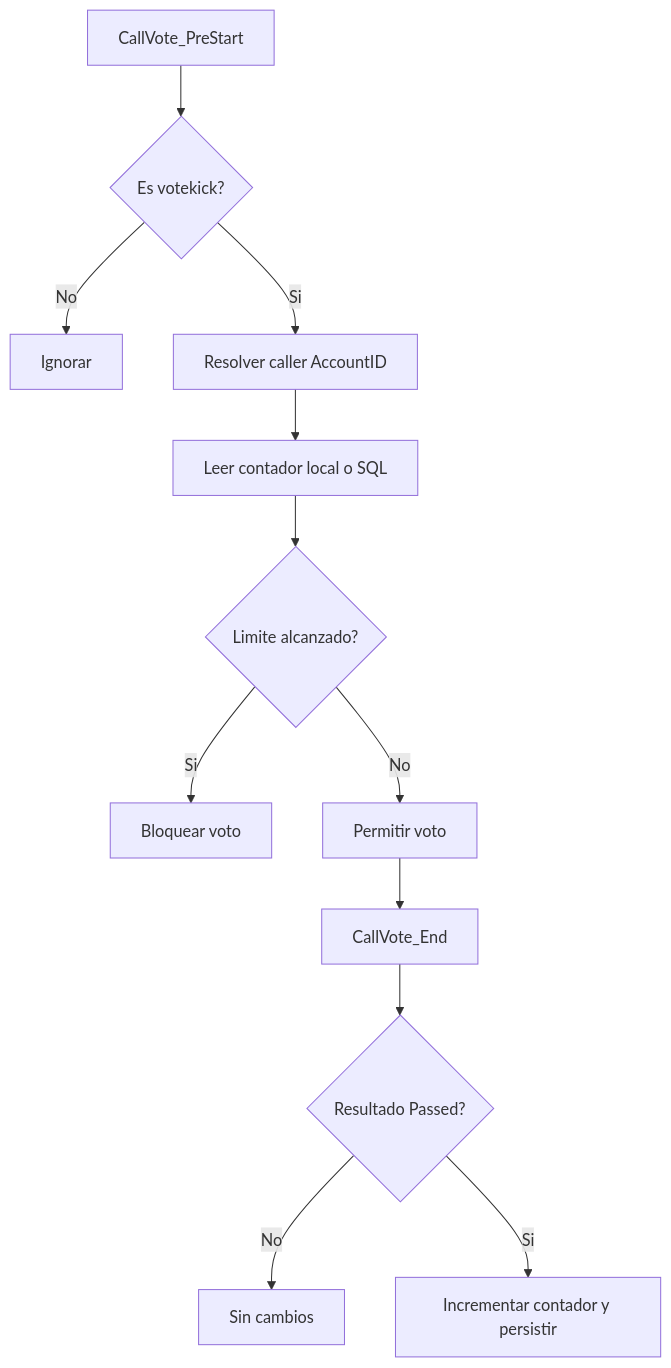
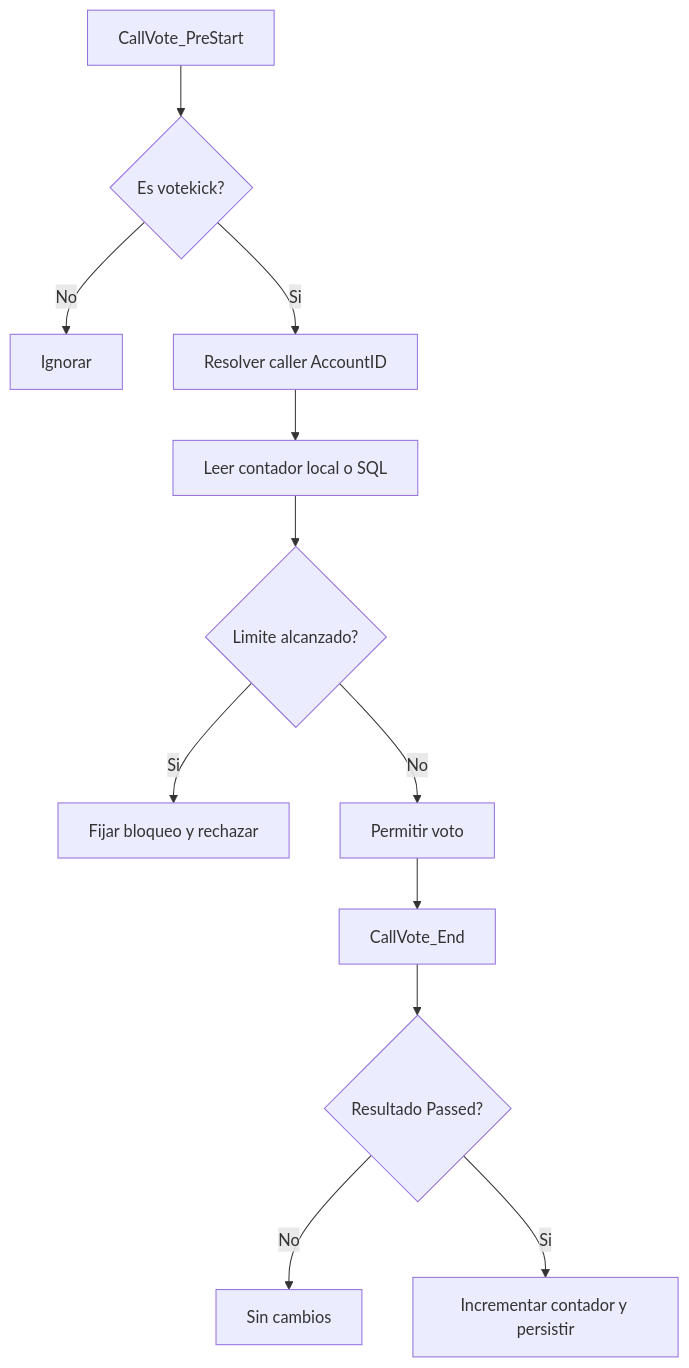
The first of 2 diagrams in docs/README_KICKLIMIT.md (AoC-Gamers/CallVote-Manager), drawn with Mermaid before and after one commit. The commit also changed other lines of this file and 23 other files, not shown here.

````diff
--- a/docs/README_KICKLIMIT.md
+++ b/docs/README_KICKLIMIT.md
@@ -20,14 +21,14 @@
 ```mermaid
 flowchart TD
     A[CallVote_PreStart] --> B{Es votekick?}
     B -- No --> C[Ignorar]
     B -- Si --> D[Resolver caller AccountID]
     D --> E[Leer contador local o SQL]
     E --> F{Limite alcanzado?}
-    F -- Si --> G[Bloquear voto]
+    F -- Si --> G[Fijar bloqueo y rechazar]
     F -- No --> H[Permitir voto]
     H --> I[CallVote_End]
     I --> J{Resultado Passed?}
     J -- No --> K[Sin cambios]
     J -- Si --> L[Incrementar contador y persistir]
 ```
````
